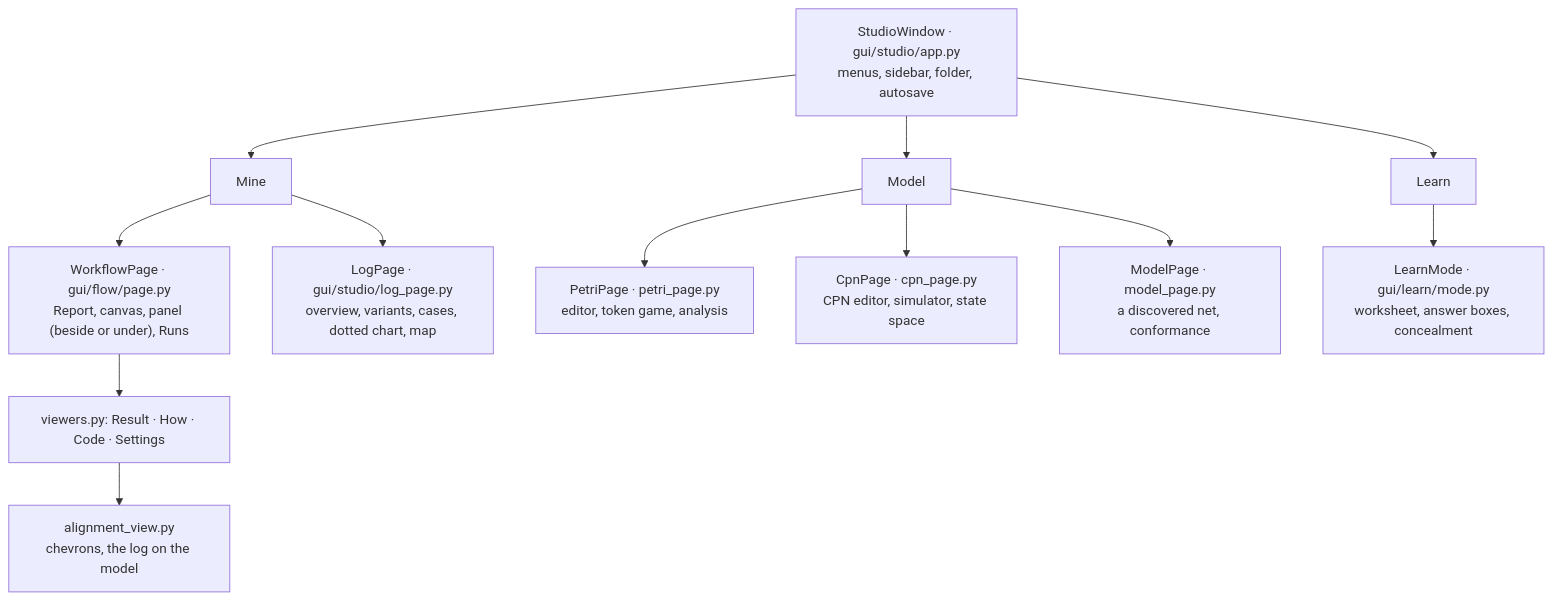
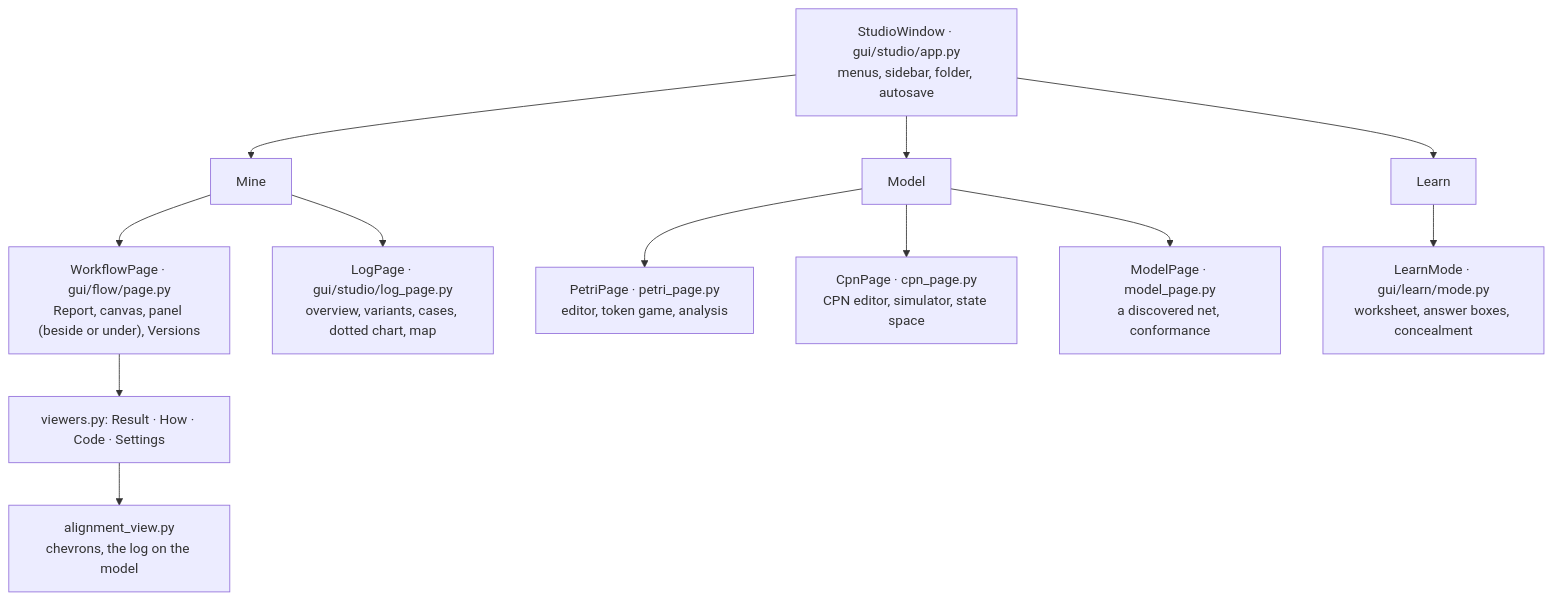
Before and after one commit to s4mstruthers/openprocess: the third of 3 diagrams in docs/architecture.md, drawn with Mermaid. The commit also changed other lines of this file and 47 other files, not shown here.

````diff
--- a/docs/architecture.md
+++ b/docs/architecture.md
@@ -185,15 +185,15 @@
 ```mermaid
 flowchart TB
   window["StudioWindow · gui/studio/app.py<br/>menus, sidebar, folder, autosave"]
   window --> mine["Mine"]
   window --> modelspace["Model"]
   window --> learnspace["Learn"]
-  mine --> wfpage["WorkflowPage · gui/flow/page.py<br/>Report, canvas, panel (beside or under), Runs"]
+  mine --> wfpage["WorkflowPage · gui/flow/page.py<br/>Report, canvas, panel (beside or under), Versions"]
   mine --> logpage["LogPage · gui/studio/log_page.py<br/>overview, variants, cases, dotted chart, map"]
   wfpage --> viewers["viewers.py: Result · How · Code · Settings"]
   viewers --> alignview["alignment_view.py<br/>chevrons, the log on the model"]
   modelspace --> petri["PetriPage · petri_page.py<br/>editor, token game, analysis"]
   modelspace --> cpn["CpnPage · cpn_page.py<br/>CPN editor, simulator, state space"]
   modelspace --> modelpage["ModelPage · model_page.py<br/>a discovered net, conformance"]
   learnspace --> mode["LearnMode · gui/learn/mode.py<br/>worksheet, answer boxes, concealment"]
 ```
````
